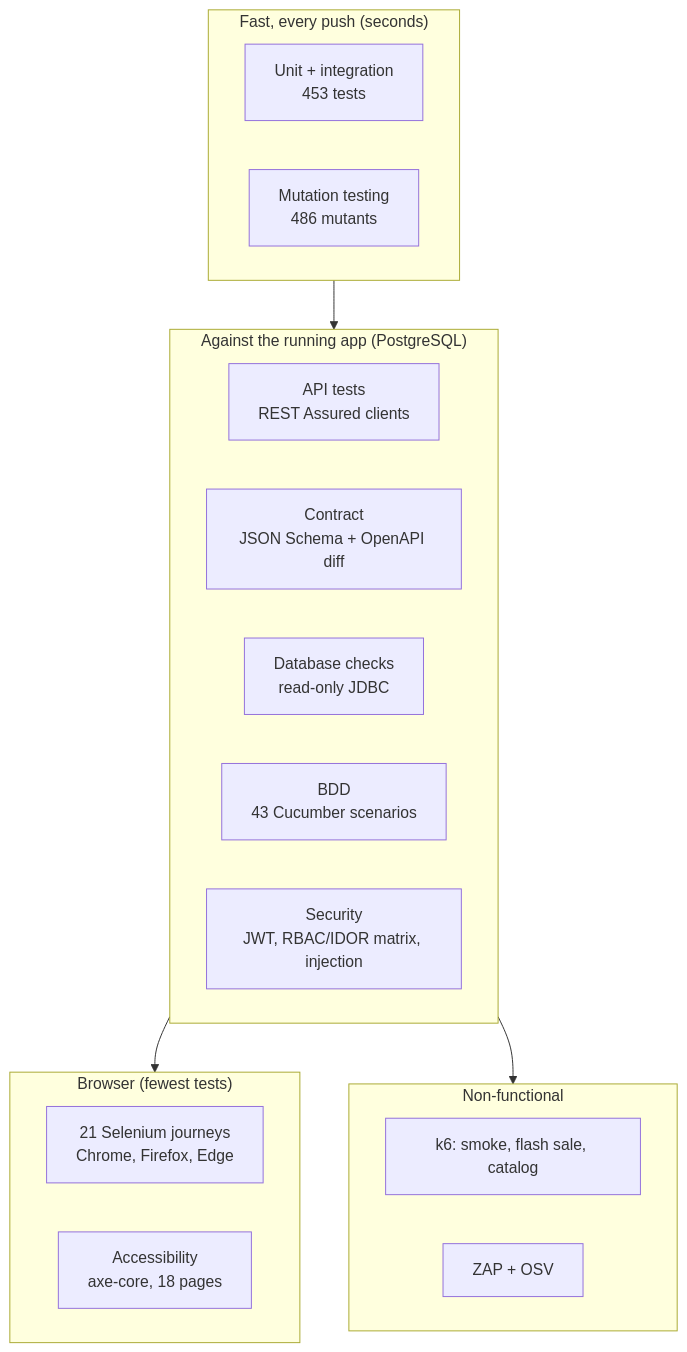
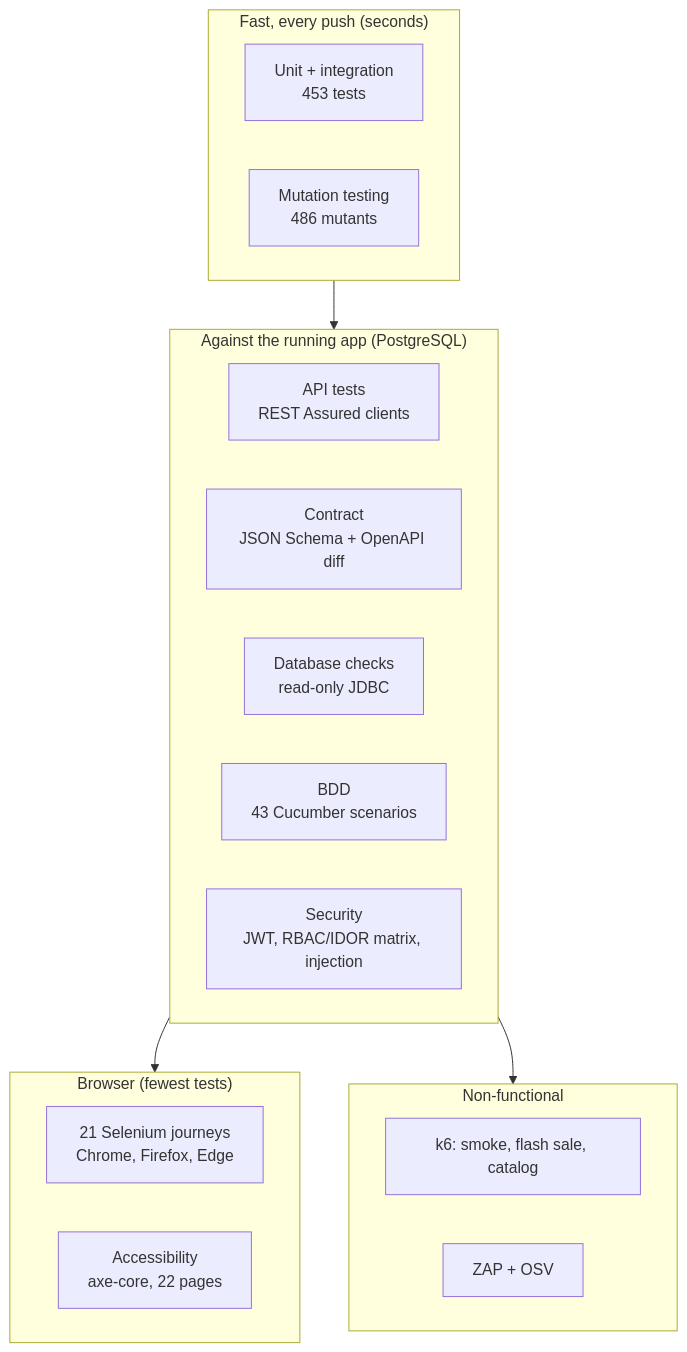
The first of 2 diagrams in README.md (rbchy/RbcTcsWorld), drawn with Mermaid before and after one commit. The commit also changed other lines of this file, not shown here.

First line of the commit message:
README: back office and new numbers (1157 tests, 98.6 % lines, 22 pages, 102 requirements)

````diff
--- a/README.md
+++ b/README.md
@@ -78,24 +78,24 @@
 ```mermaid
 flowchart TB
   subgraph fast["Fast, every push (seconds)"]
     U["Unit + integration<br/>453 tests"]
     M["Mutation testing<br/>486 mutants"]
   end
   subgraph service["Against the running app (PostgreSQL)"]
     A["API tests<br/>REST Assured clients"]
     C["Contract<br/>JSON Schema + OpenAPI diff"]
     D["Database checks<br/>read-only JDBC"]
     B["BDD<br/>43 Cucumber scenarios"]
     S["Security<br/>JWT, RBAC/IDOR matrix, injection"]
   end
   subgraph ui["Browser (fewest tests)"]
     W["21 Selenium journeys<br/>Chrome, Firefox, Edge"]
-    X["Accessibility<br/>axe-core, 18 pages"]
+    X["Accessibility<br/>axe-core, 22 pages"]
   end
   subgraph nonfunc["Non-functional"]
     K["k6: smoke, flash sale, catalog"]
     Z["ZAP + OSV"]
   end
   fast --> service --> ui
   service --> nonfunc
 ```
````
